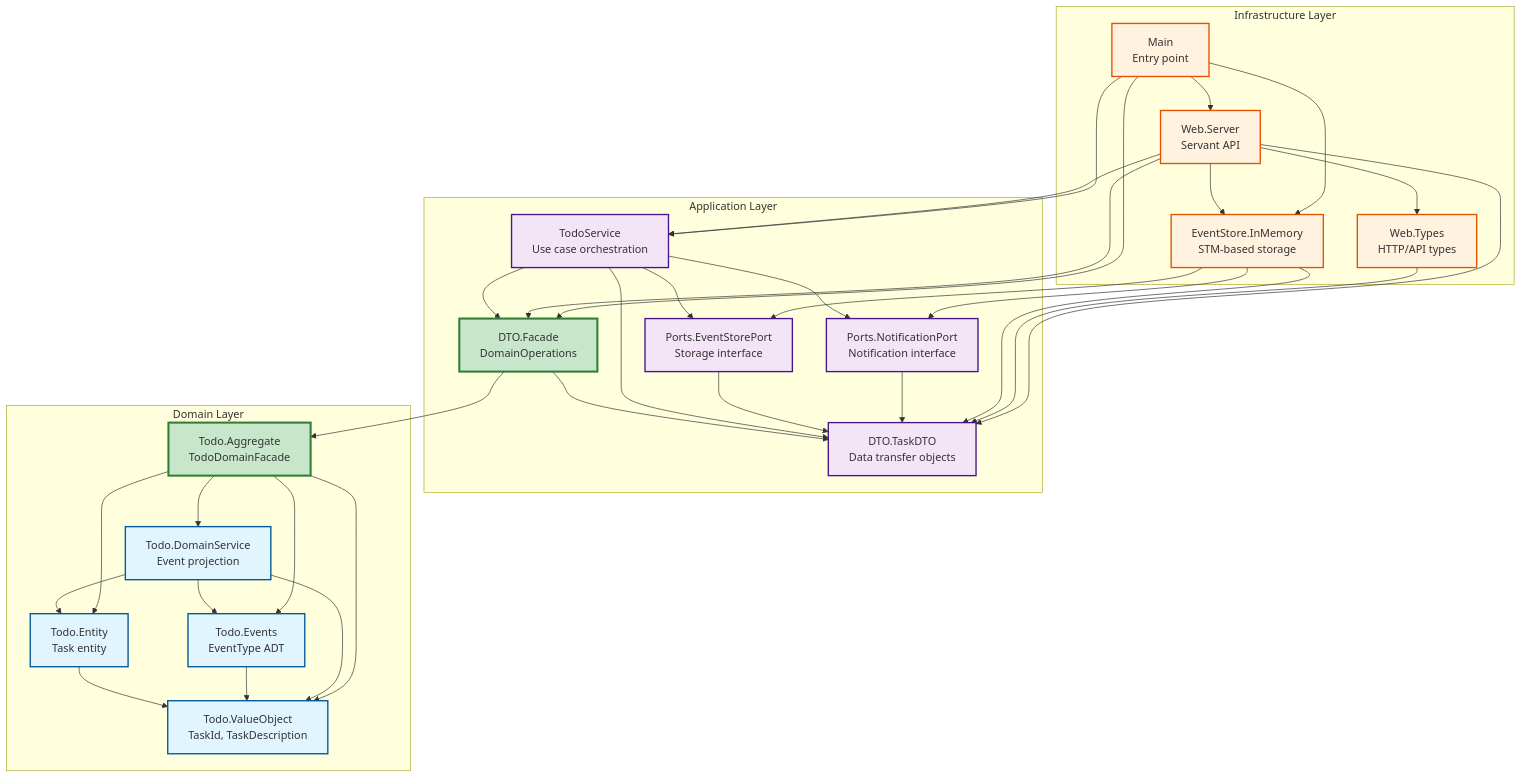
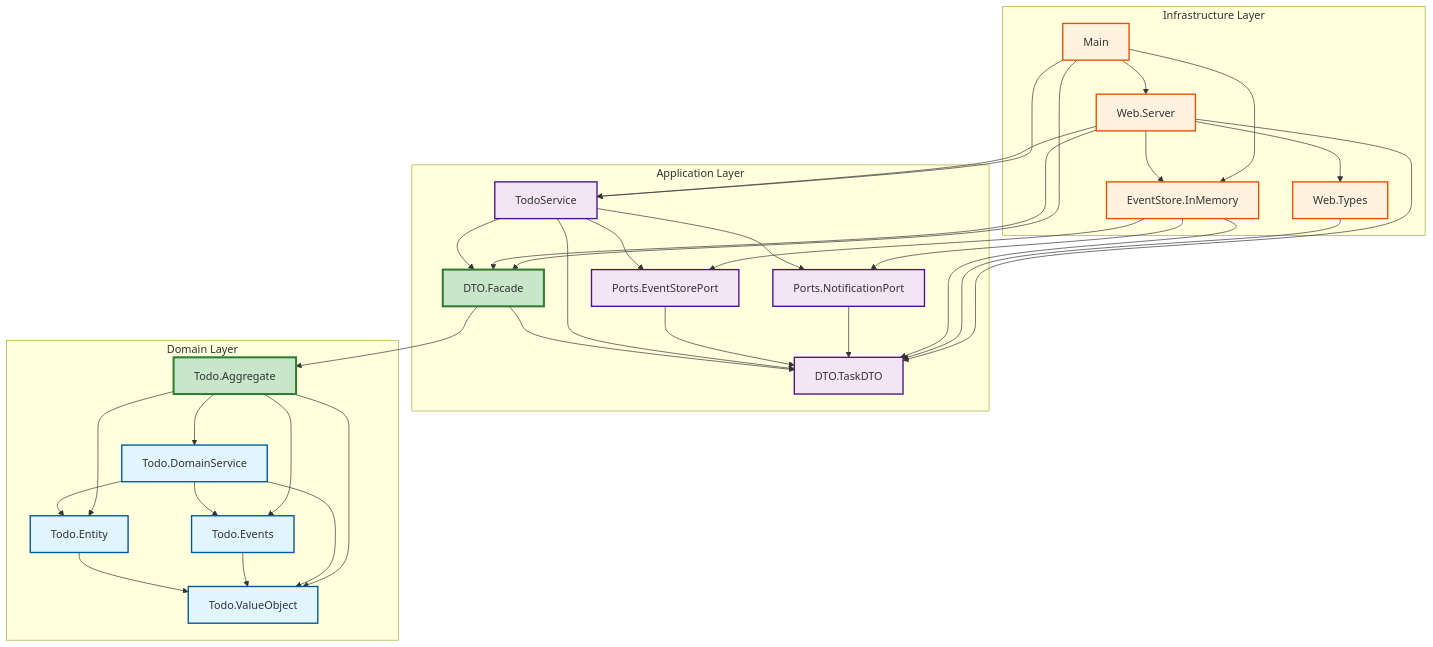
One commit to Otto148524/todo-ddd changed the diagram in README.md. Above: the diagram before and after it, drawn with Mermaid. The commit also changed other lines of this file, not shown here.

````diff
--- a/README.md
+++ b/README.md
@@ -63,72 +63,72 @@
 ```mermaid
 graph TB
     subgraph Infrastructure["Infrastructure Layer"]
-        WebServer[Web.Server<br/>Servant API]
-        WebTypes[Web.Types<br/>HTTP/API types]
-        EventStore[EventStore.InMemory<br/>STM-based storage]
-        Main[Main<br/>Entry point]
+        WebServer[Web.Server]
+        WebTypes[Web.Types]
+        EventStore[EventStore.InMemory]
+        Main[Main]
     end
 
     subgraph Application["Application Layer"]
-        TodoService[TodoService<br/>Use case orchestration]
-        DomainOps[DTO.Facade<br/>DomainOperations]
-        TaskDTO[DTO.TaskDTO<br/>Data transfer objects]
-        EventStorePort[Ports.EventStorePort<br/>Storage interface]
-        NotificationPort[Ports.NotificationPort<br/>Notification interface]
+        TodoService[TodoService]
+        DomainOps[DTO.Facade]
+        TaskDTO[DTO.TaskDTO]
+        EventStorePort[Ports.EventStorePort]
+        NotificationPort[Ports.NotificationPort]
     end
 
     subgraph Domain["Domain Layer"]
-        Aggregate[Todo.Aggregate<br/>TodoDomainFacade]
-        DomainService[Todo.DomainService<br/>Event projection]
-        Events[Todo.Events<br/>EventType ADT]
-        Entity[Todo.Entity<br/>Task entity]
-        ValueObject[Todo.ValueObject<br/>TaskId, TaskDescription]
+        Aggregate[Todo.Aggregate]
+        DomainService[Todo.DomainService]
+        Events[Todo.Events]
+        Entity[Todo.Entity]
+        ValueObject[Todo.ValueObject]
     end
 
     %% Domain internal dependencies
     Entity --> ValueObject
     Events --> ValueObject
     DomainService --> Entity
     DomainService --> Events
     DomainService --> ValueObject
     Aggregate --> DomainService
     Aggregate --> Events
     Aggregate --> Entity
     Aggregate --> ValueObject
 
     %% Application dependencies
     DomainOps --> Aggregate
     DomainOps --> TaskDTO
     TodoService --> DomainOps
     TodoService --> TaskDTO
     TodoService --> EventStorePort
     TodoService --> NotificationPort
     EventStorePort --> TaskDTO
     NotificationPort --> TaskDTO
 
     %% Infrastructure dependencies
     EventStore --> TaskDTO
     EventStore --> EventStorePort
     EventStore --> NotificationPort
     WebTypes --> TaskDTO
     WebServer --> DomainOps
     WebServer --> TodoService
     WebServer --> TaskDTO
     WebServer --> WebTypes
     WebServer --> EventStore
     Main --> TodoService
     Main --> DomainOps
     Main --> EventStore
     Main --> WebServer
 
     %% Styling
     classDef domainStyle fill:#e1f5fe,stroke:#01579b,stroke-width:2px
     classDef appStyle fill:#f3e5f5,stroke:#4a148c,stroke-width:2px
     classDef infraStyle fill:#fff3e0,stroke:#e65100,stroke-width:2px
     classDef facadeStyle fill:#c8e6c9,stroke:#2e7d32,stroke-width:3px
 
     class Aggregate,DomainService,Events,Entity,ValueObject domainStyle
     class TodoService,DomainOps,TaskDTO,EventStorePort,NotificationPort appStyle
     class WebServer,WebTypes,EventStore,Main infraStyle
     class Aggregate,DomainOps facadeStyle
 ```
````
